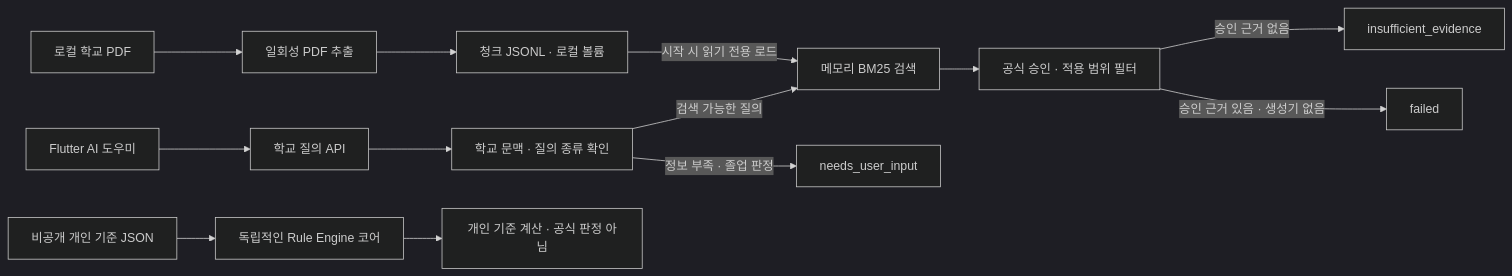
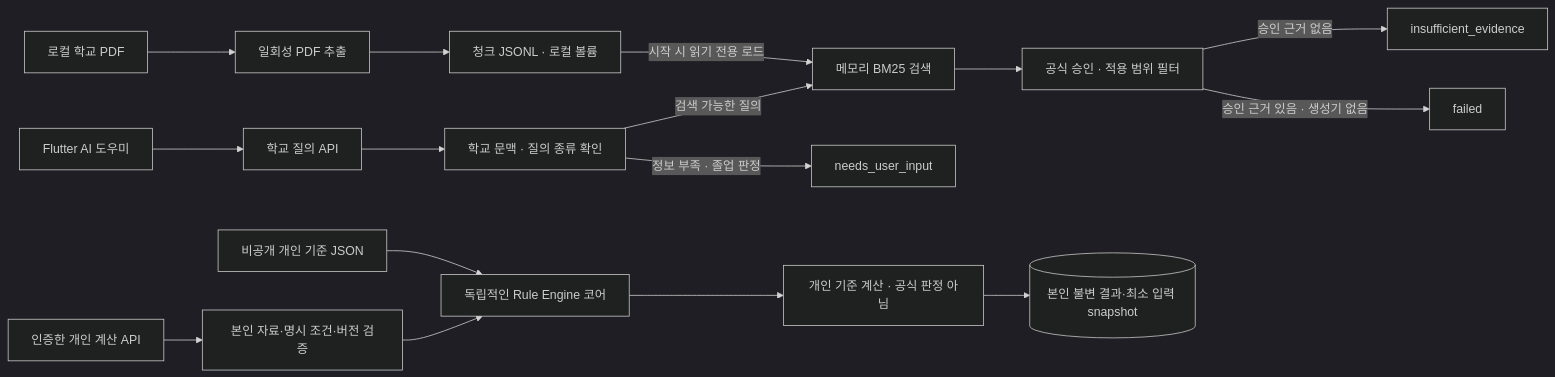
The first of 8 diagrams in docs/architecture-erd.md (product04231125/UNIPATH), drawn with Mermaid (dark theme) before and after one commit. The commit also changed other lines of this file and 21 other files, not shown here.

````diff
--- a/docs/architecture-erd.md
+++ b/docs/architecture-erd.md
@@ -36,15 +37,18 @@
 ```mermaid
 flowchart LR
     Pdf[로컬 학교 PDF] --> Extract[일회성 PDF 추출]
     Extract --> Jsonl[청크 JSONL · 로컬 볼륨]
     Jsonl -->|시작 시 읽기 전용 로드| Index[메모리 BM25 검색]
     Client[Flutter AI 도우미] --> API[학교 질의 API]
     API --> Context[학교 문맥 · 질의 종류 확인]
     Context -->|검색 가능한 질의| Index
     Context -->|정보 부족 · 졸업 판정| Needs[needs_user_input]
     Index --> Approval[공식 승인 · 적용 범위 필터]
     Approval -->|승인 근거 없음| Missing[insufficient_evidence]
     Approval -->|승인 근거 있음 · 생성기 없음| Failed[failed]
     PrivateJson[비공개 개인 기준 JSON] --> RuleCore[독립적인 Rule Engine 코어]
+    PersonalAPI[인증한 개인 계산 API] --> Owned[본인 자료·명시 조건·버전 검증]
+    Owned --> RuleCore
     RuleCore --> PersonalResult[개인 기준 계산 · 공식 판정 아님]
+    PersonalResult --> History[(본인 불변 결과·최소 입력 snapshot)]
 ```
````
